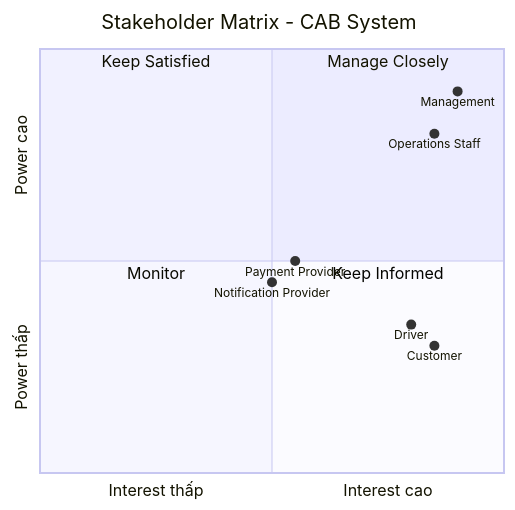
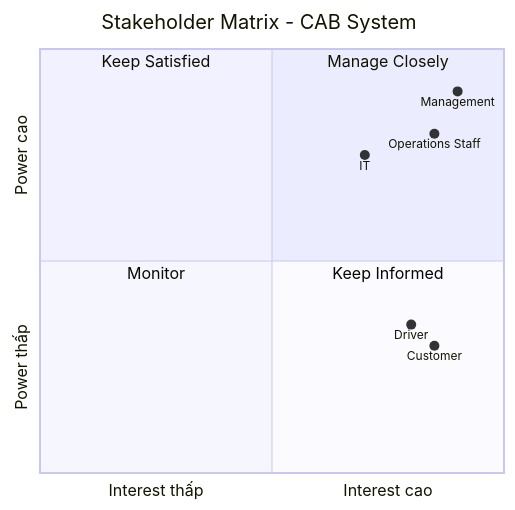
The first of 3 diagrams in srs.md (LyThu310/23642781_LyThiAnhThu_cabsystem), drawn with Mermaid before and after one commit. The commit also changed other lines of this file, not shown here.

````diff
--- a/srs.md
+++ b/srs.md
@@ -120,18 +119,17 @@
 ```mermaid
 quadrantChart
     title Stakeholder Matrix - CAB System
     x-axis "Interest thấp" --> "Interest cao"
     y-axis "Power thấp" --> "Power cao"
 
     quadrant-1 "Manage Closely"
     quadrant-2 "Keep Satisfied"
     quadrant-3 "Monitor"
     quadrant-4 "Keep Informed"
 
     "Management": [0.90, 0.90]
     "Operations Staff": [0.85, 0.80]
+    "IT": [0.70, 0.75]
     "Customer": [0.85, 0.30]
     "Driver": [0.80, 0.35]
-    "Payment Provider": [0.55, 0.50]
-    "Notification Provider": [0.50, 0.45]
 ```
````
